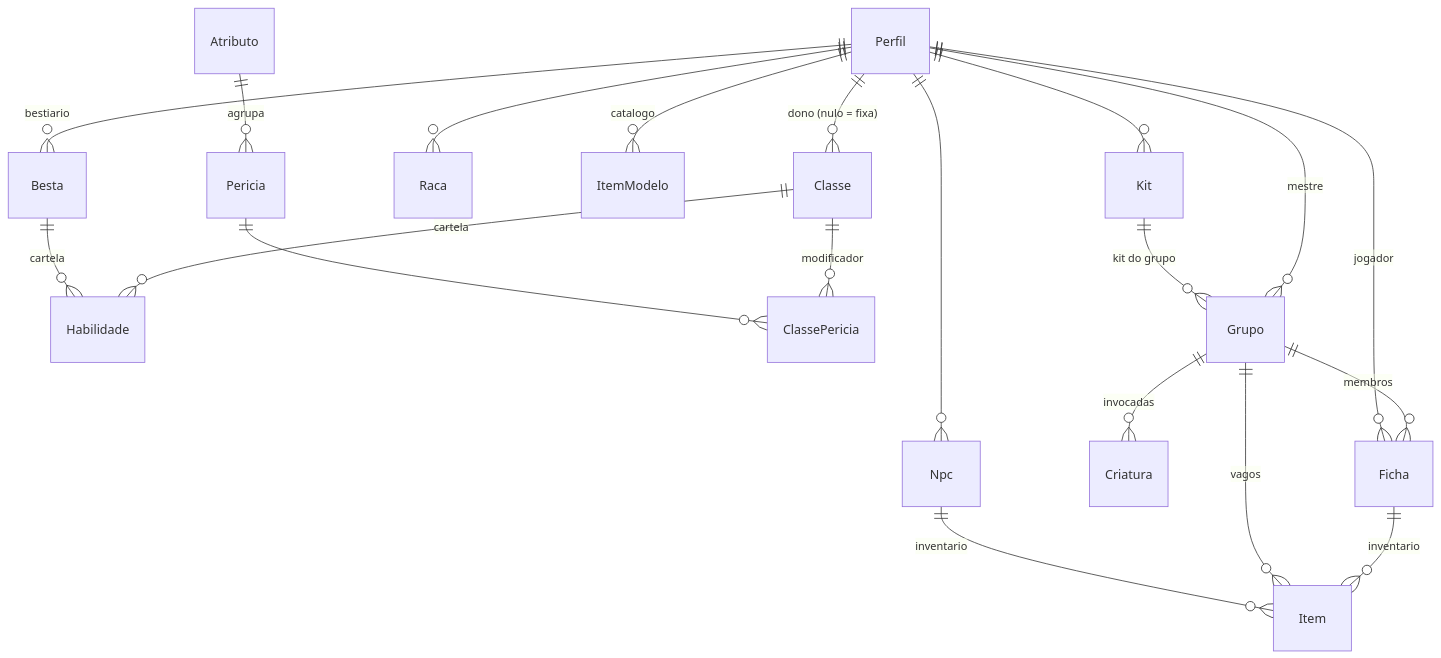
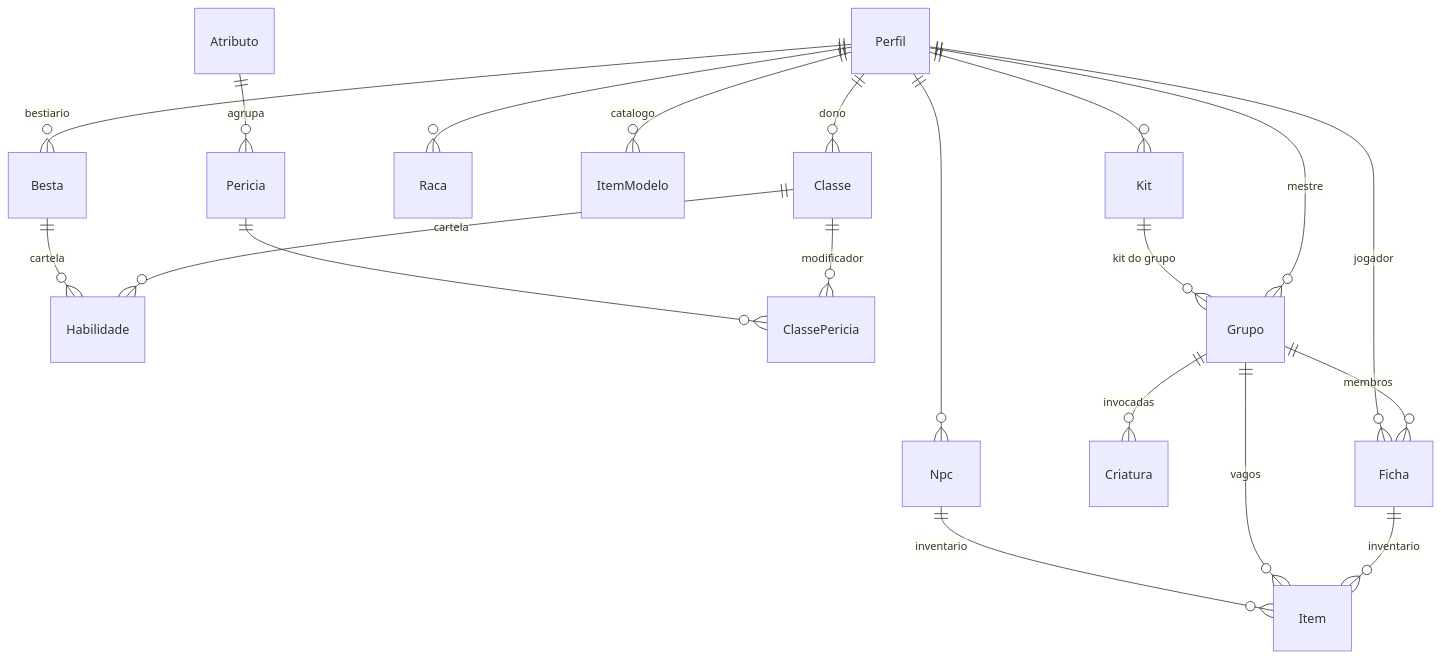
Before and after one commit to paulotruly/One-Take: the third of 3 diagrams in PROJECT_CONTEXT.md, drawn with Mermaid. The commit also changed other lines of this file and 121 other files, not shown here.

````diff
--- a/PROJECT_CONTEXT.md
+++ b/PROJECT_CONTEXT.md
@@ -204,22 +204,22 @@
 ```mermaid
 erDiagram
-  Perfil ||--o{ Classe : "dono (nulo = fixa)"
+  Perfil ||--o{ Classe : "dono"
   Classe ||--o{ Habilidade : cartela
   Classe ||--o{ ClassePericia : modificador
   Pericia ||--o{ ClassePericia : ""
   Atributo ||--o{ Pericia : agrupa
   Perfil ||--o{ Raca : ""
   Perfil ||--o{ Grupo : mestre
   Grupo ||--o{ Ficha : membros
   Perfil ||--o{ Ficha : jogador
   Ficha ||--o{ Item : inventario
   Grupo ||--o{ Item : "vagos"
   Perfil ||--o{ ItemModelo : catalogo
   Perfil ||--o{ Besta : bestiario
   Besta ||--o{ Habilidade : cartela
   Grupo ||--o{ Criatura : invocadas
   Perfil ||--o{ Npc : ""
   Npc ||--o{ Item : inventario
   Perfil ||--o{ Kit : ""
   Kit ||--o{ Grupo : "kit do grupo"
 ```
````
